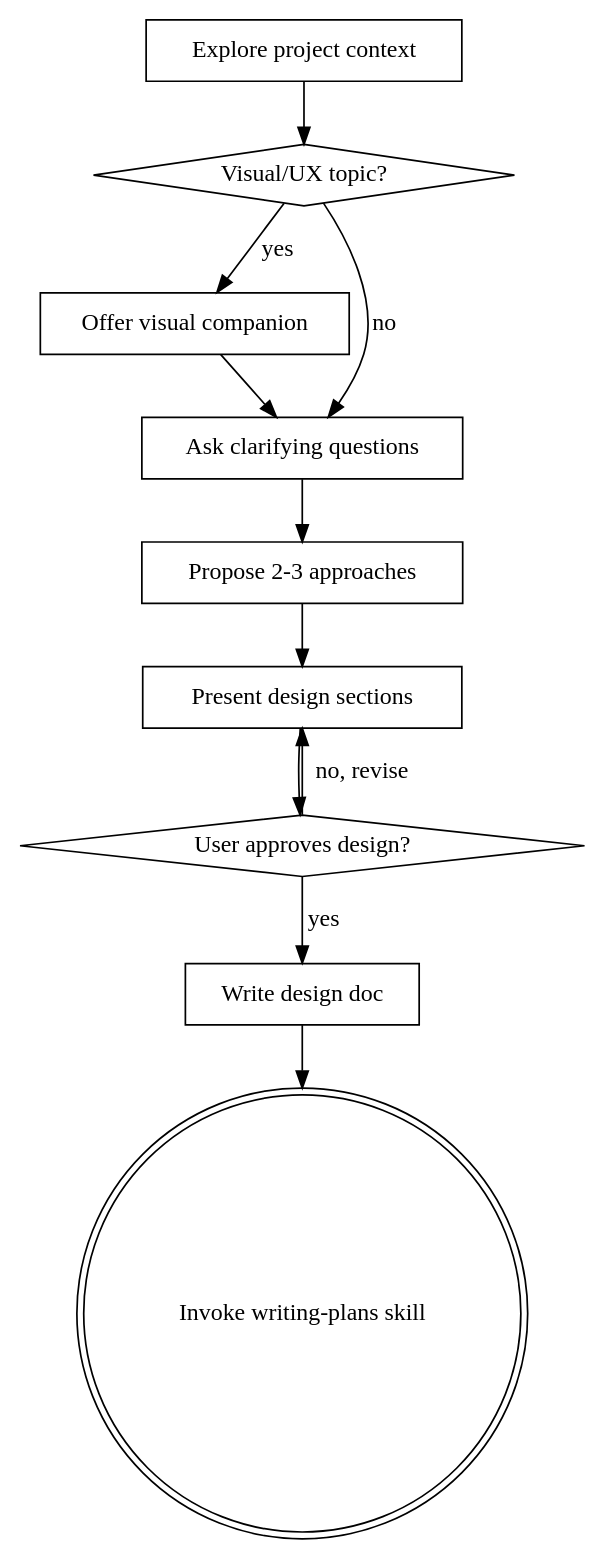
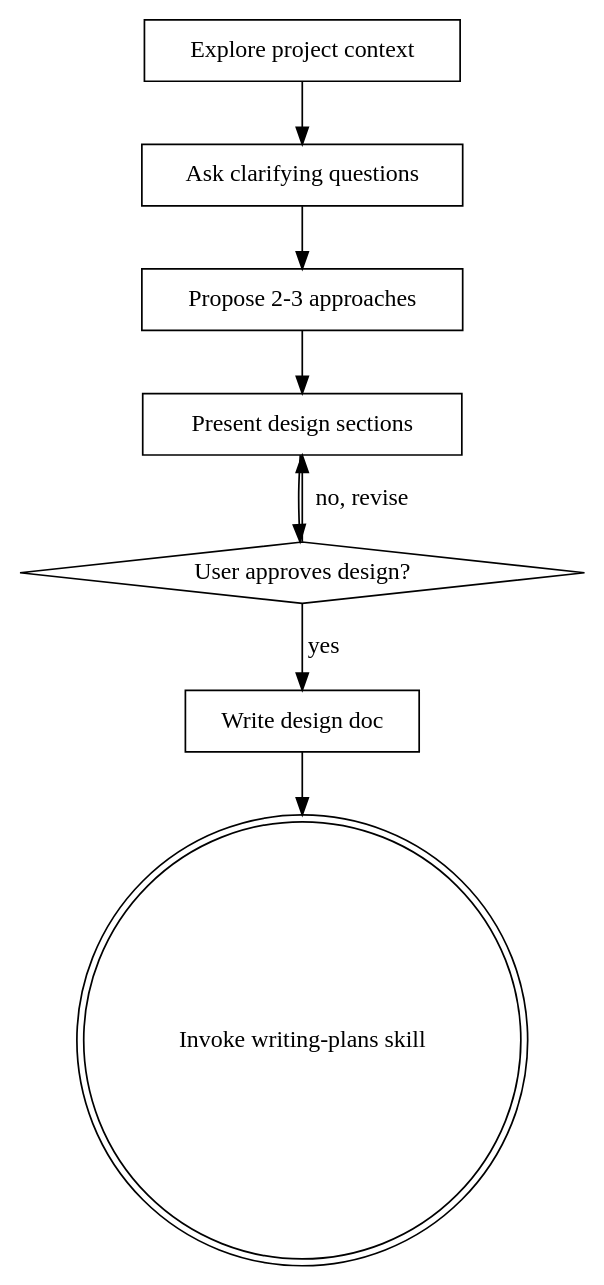
The diagram in skills/brainstorming/SKILL.md (obra/superpowers), drawn with Graphviz before and after one commit. The commit also changed other lines of this file and 1 other file, not shown here.

````diff
--- a/skills/brainstorming/SKILL.md
+++ b/skills/brainstorming/SKILL.md
@@ -34,24 +33,19 @@
 ```dot
 digraph brainstorming {
     "Explore project context" [shape=box];
-    "Visual/UX topic?" [shape=diamond];
-    "Offer visual companion" [shape=box];
     "Ask clarifying questions" [shape=box];
     "Propose 2-3 approaches" [shape=box];
     "Present design sections" [shape=box];
     "User approves design?" [shape=diamond];
     "Write design doc" [shape=box];
     "Invoke writing-plans skill" [shape=doublecircle];
 
-    "Explore project context" -> "Visual/UX topic?";
-    "Visual/UX topic?" -> "Offer visual companion" [label="yes"];
-    "Visual/UX topic?" -> "Ask clarifying questions" [label="no"];
-    "Offer visual companion" -> "Ask clarifying questions";
+    "Explore project context" -> "Ask clarifying questions";
     "Ask clarifying questions" -> "Propose 2-3 approaches";
     "Propose 2-3 approaches" -> "Present design sections";
     "Present design sections" -> "User approves design?";
     "User approves design?" -> "Present design sections" [label="no, revise"];
     "User approves design?" -> "Write design doc" [label="yes"];
     "Write design doc" -> "Invoke writing-plans skill";
 }
 ```
````
